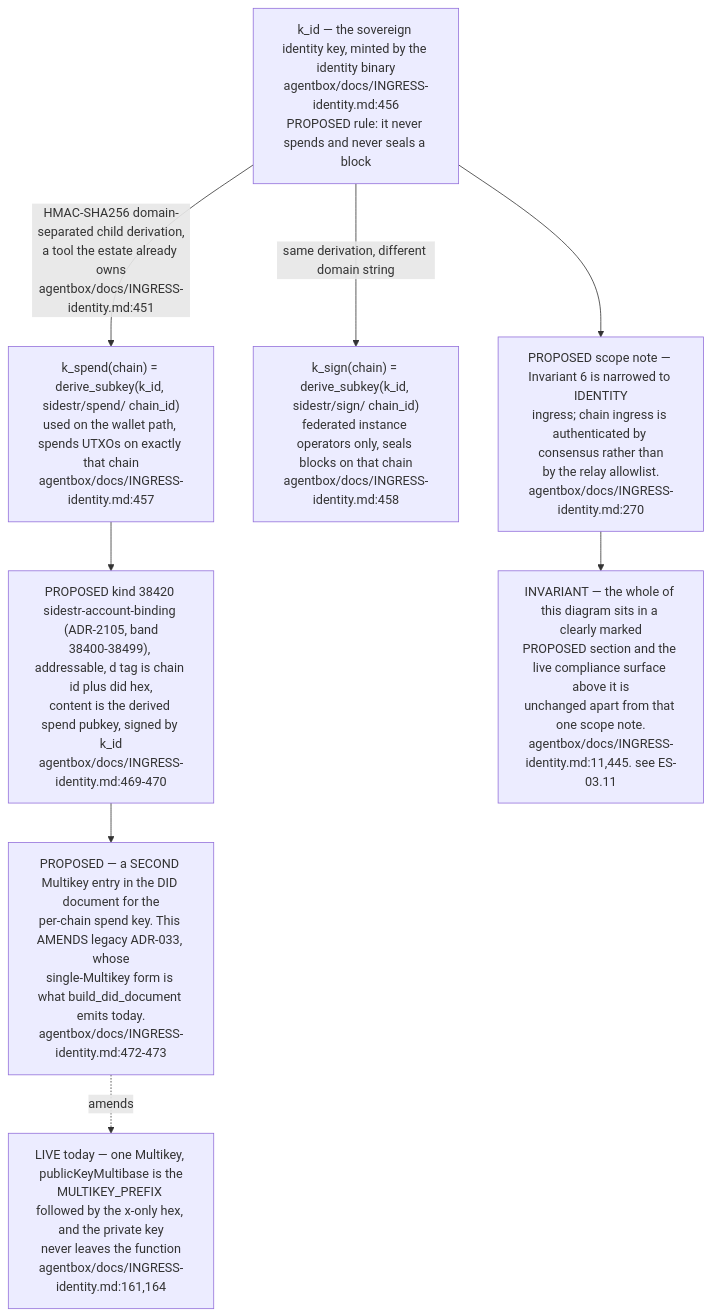
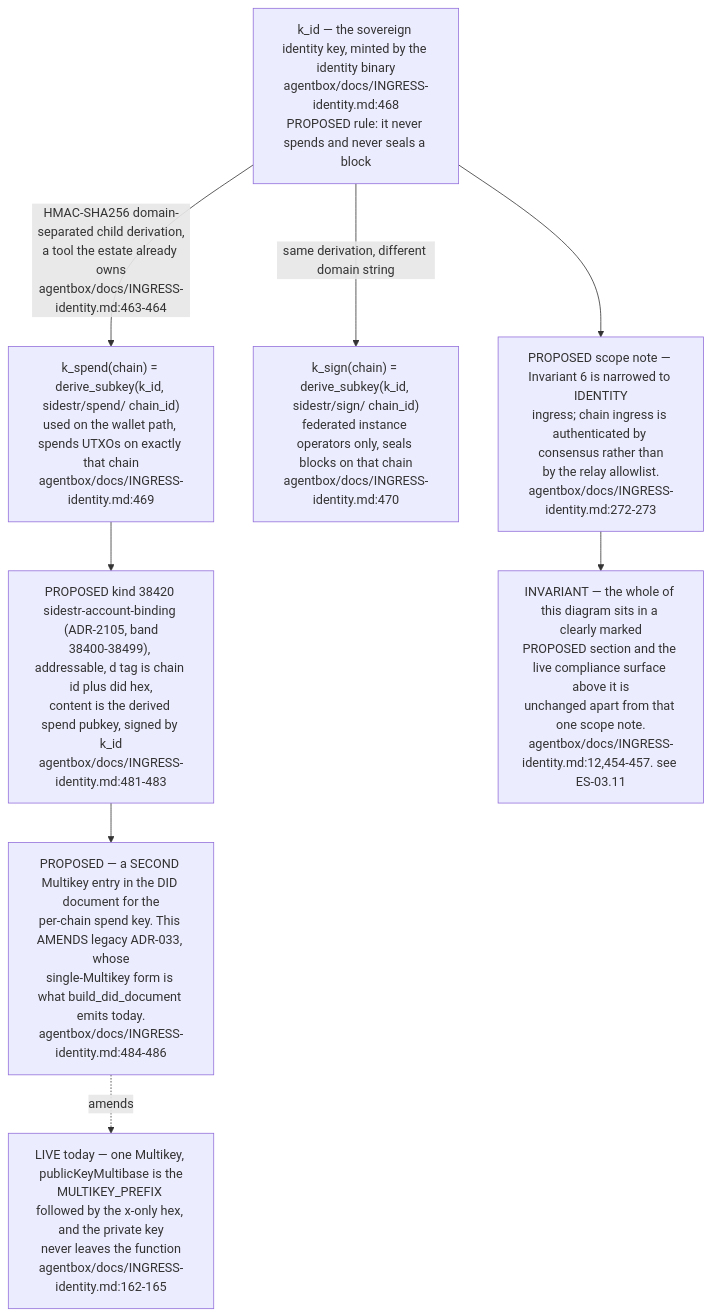
One commit to DreamLab-AI/VisionFlow changed the sixth of 6 diagrams in docs/diagrams/estate/04-identity-mesh-did-nostr.md. Above: the diagram before and after it, drawn with Mermaid. The commit also changed other lines of this file and 160 other files, not shown here.

````diff
--- a/docs/diagrams/estate/04-identity-mesh-did-nostr.md
+++ b/docs/diagrams/estate/04-identity-mesh-did-nostr.md
@@ -261,25 +266,25 @@
 ```mermaid
 flowchart TB
-    KID["k_id — the sovereign identity key, minted by the identity binary<br/>agentbox/docs/INGRESS-identity.md:456<br/>PROPOSED rule: it never spends and never seals a block"]
+    KID["k_id — the sovereign identity key, minted by the identity binary<br/>agentbox/docs/INGRESS-identity.md:468<br/>PROPOSED rule: it never spends and never seals a block"]
 
-    SPEND["k_spend(chain) = derive_subkey(k_id, sidestr/spend/ chain_id)<br/>used on the wallet path, spends UTXOs on exactly that chain<br/>agentbox/docs/INGRESS-identity.md:457"]
-    SIGN["k_sign(chain) = derive_subkey(k_id, sidestr/sign/ chain_id)<br/>federated instance operators only, seals blocks on that chain<br/>agentbox/docs/INGRESS-identity.md:458"]
+    SPEND["k_spend(chain) = derive_subkey(k_id, sidestr/spend/ chain_id)<br/>used on the wallet path, spends UTXOs on exactly that chain<br/>agentbox/docs/INGRESS-identity.md:469"]
+    SIGN["k_sign(chain) = derive_subkey(k_id, sidestr/sign/ chain_id)<br/>federated instance operators only, seals blocks on that chain<br/>agentbox/docs/INGRESS-identity.md:470"]
 
-    KID -->|"HMAC-SHA256 domain-separated child derivation,<br/>a tool the estate already owns<br/>agentbox/docs/INGRESS-identity.md:451"| SPEND
+    KID -->|"HMAC-SHA256 domain-separated child derivation,<br/>a tool the estate already owns<br/>agentbox/docs/INGRESS-identity.md:463-464"| SPEND
     KID -->|"same derivation, different domain string"| SIGN
 
-    BIND["PROPOSED kind 38420 sidestr-account-binding (ADR-2105, band<br/>38400-38499), addressable, d tag is chain id plus did hex,<br/>content is the derived spend pubkey, signed by k_id<br/>agentbox/docs/INGRESS-identity.md:469-470"]
+    BIND["PROPOSED kind 38420 sidestr-account-binding (ADR-2105, band<br/>38400-38499), addressable, d tag is chain id plus did hex,<br/>content is the derived spend pubkey, signed by k_id<br/>agentbox/docs/INGRESS-identity.md:481-483"]
     SPEND --> BIND
 
-    MK["PROPOSED — a SECOND Multikey entry in the DID document for the<br/>per-chain spend key. This AMENDS legacy ADR-033, whose<br/>single-Multikey form is what build_did_document emits today.<br/>agentbox/docs/INGRESS-identity.md:472-473"]
+    MK["PROPOSED — a SECOND Multikey entry in the DID document for the<br/>per-chain spend key. This AMENDS legacy ADR-033, whose<br/>single-Multikey form is what build_did_document emits today.<br/>agentbox/docs/INGRESS-identity.md:484-486"]
     BIND --> MK
 
-    LIVE["LIVE today — one Multikey, publicKeyMultibase is the<br/>MULTIKEY_PREFIX followed by the x-only hex, and the private key<br/>never leaves the function<br/>agentbox/docs/INGRESS-identity.md:161,164"]
+    LIVE["LIVE today — one Multikey, publicKeyMultibase is the<br/>MULTIKEY_PREFIX followed by the x-only hex, and the private key<br/>never leaves the function<br/>agentbox/docs/INGRESS-identity.md:162-165"]
     MK -.->|"amends"| LIVE
 
-    SCOPE["PROPOSED scope note — Invariant 6 is narrowed to IDENTITY<br/>ingress; chain ingress is authenticated by consensus rather than<br/>by the relay allowlist.<br/>agentbox/docs/INGRESS-identity.md:270"]
+    SCOPE["PROPOSED scope note — Invariant 6 is narrowed to IDENTITY<br/>ingress; chain ingress is authenticated by consensus rather than<br/>by the relay allowlist.<br/>agentbox/docs/INGRESS-identity.md:272-273"]
     KID --> SCOPE
 
-    INV["INVARIANT — the whole of this diagram sits in a clearly marked<br/>PROPOSED section and the live compliance surface above it is<br/>unchanged apart from that one scope note.<br/>agentbox/docs/INGRESS-identity.md:11,445. see ES-03.11"]
+    INV["INVARIANT — the whole of this diagram sits in a clearly marked<br/>PROPOSED section and the live compliance surface above it is<br/>unchanged apart from that one scope note.<br/>agentbox/docs/INGRESS-identity.md:12,454-457. see ES-03.11"]
     SCOPE --> INV
 ```
````
